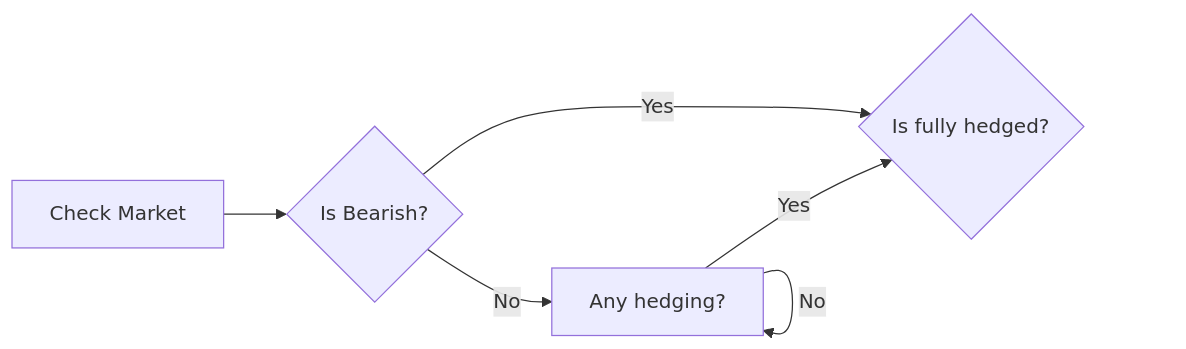
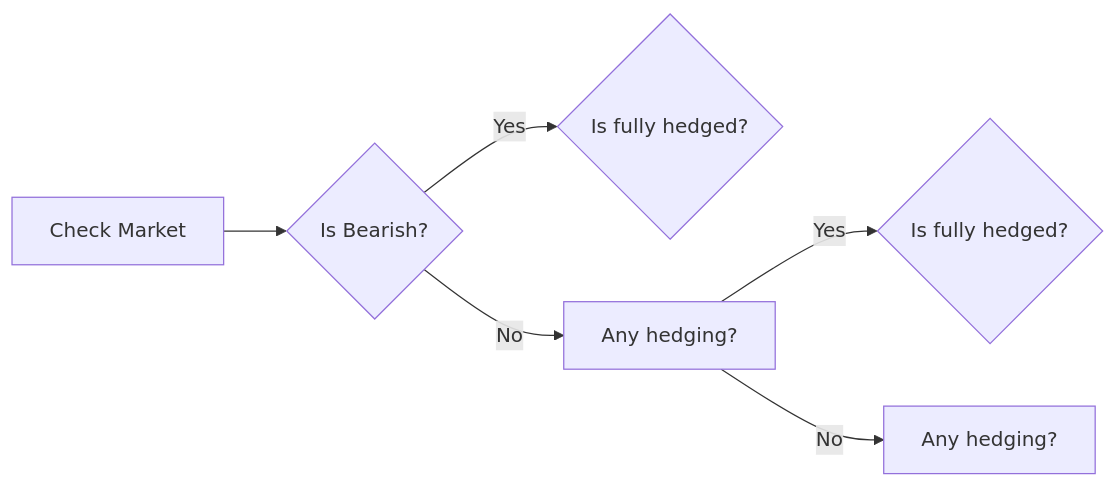
The first of 2 diagrams in strategy_analysis.md (venoajie/MyApp), drawn with Mermaid before and after one commit.

````diff
--- a/strategy_analysis.md
+++ b/strategy_analysis.md
@@ -14,9 +14,9 @@
 ```mermaid
 flowchart LR
 
 A[Check Market] --> B{Is Bearish?}
 B -->|Yes| C{Is fully hedged?}
 B -->|No| D[Any hedging?]
-D -->|Yes| C{Is fully hedged?}
-D -->|No| D[Any hedging?]
+D -->|Yes| E{Is fully hedged?}
+D -->|No| F[Any hedging?]
 ```
````
